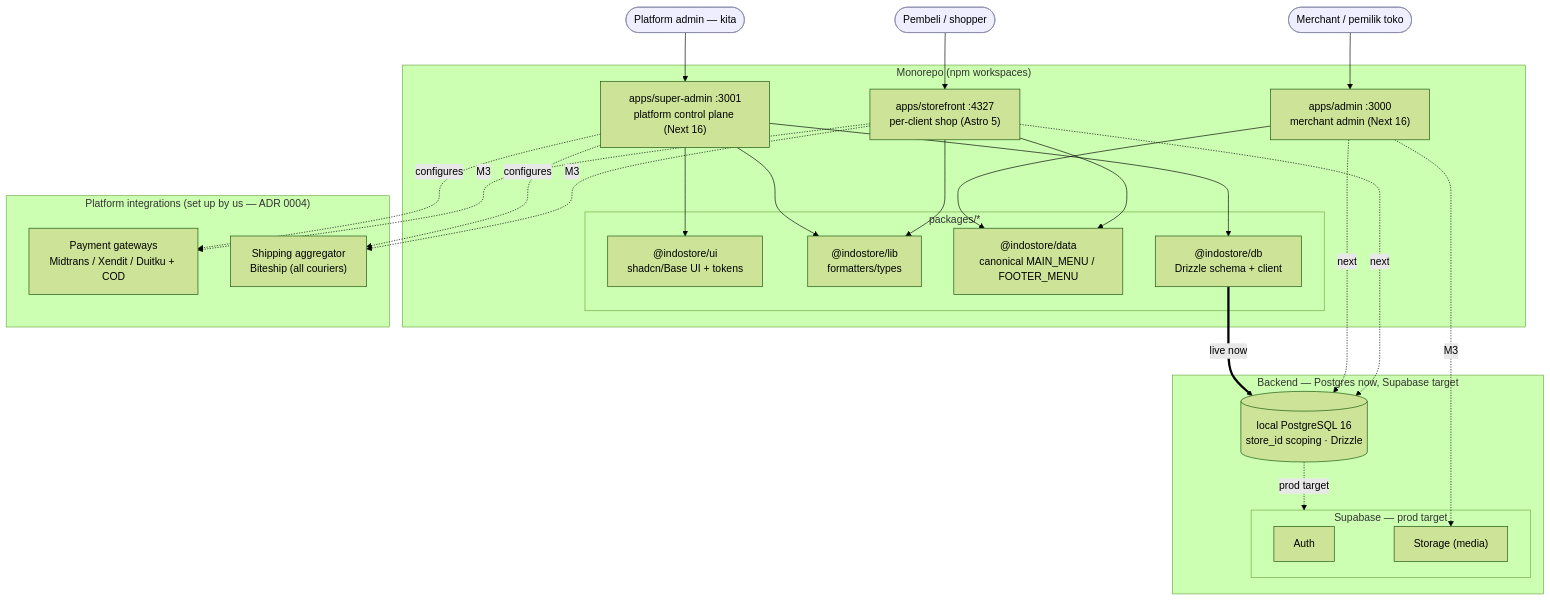
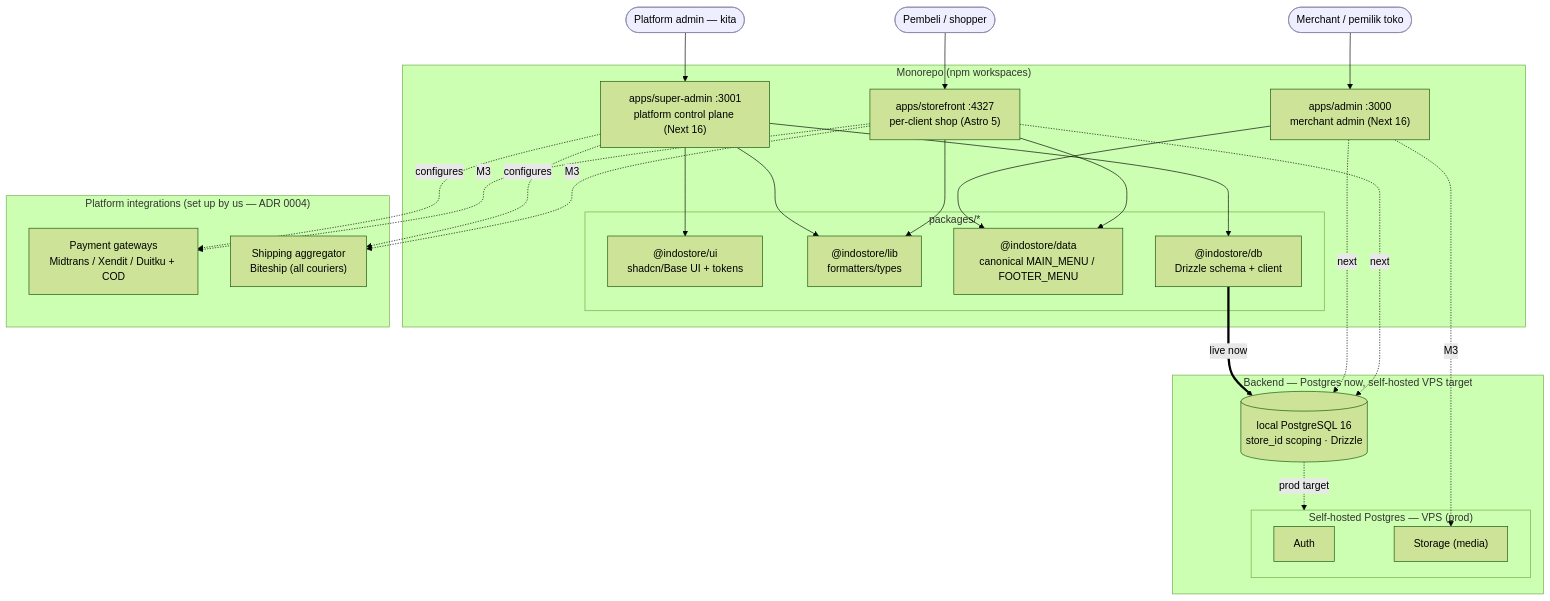
Before and after one commit to ongkipro/tokophi: the first of 11 diagrams in specs/docs/UML.md, drawn with Mermaid (forest theme). The commit also changed other lines of this file and 17 other files, not shown here.

First line of the commit message:
docs: prod backend = self-hosted Postgres + PostgREST on VPS (not Supabase)

````diff
--- a/specs/docs/UML.md
+++ b/specs/docs/UML.md
@@ -10,54 +10,54 @@
 ```mermaid
 graph TB
   Shopper([Pembeli / shopper]):::user
   Merchant([Merchant / pemilik toko]):::user
   PlatformAdmin([Platform admin — kita]):::user
 
   subgraph Monorepo["Monorepo (npm workspaces)"]
     Admin["apps/admin :3000<br/>merchant admin (Next 16)"]
     SuperAdmin["apps/super-admin :3001<br/>platform control plane (Next 16)"]
     Storefront["apps/storefront :4327<br/>per-client shop (Astro 5)"]
     subgraph Packages["packages/*"]
       UI["@indostore/ui<br/>shadcn/Base UI + tokens"]
       Lib["@indostore/lib<br/>formatters/types"]
       Data["@indostore/data<br/>canonical MAIN_MENU / FOOTER_MENU"]
       Db["@indostore/db<br/>Drizzle schema + client"]
     end
   end
 
-  subgraph Backend["Backend — Postgres now, Supabase target"]
+  subgraph Backend["Backend — Postgres now, self-hosted VPS target"]
     PGSQL[("local PostgreSQL 16<br/>store_id scoping · Drizzle")]
-    subgraph Sb["Supabase — prod target"]
+    subgraph Sb["Self-hosted Postgres — VPS (prod)"]
       Auth["Auth"]
       Storage["Storage (media)"]
     end
   end
 
   subgraph Integrations["Platform integrations (set up by us — ADR 0004)"]
     PG["Payment gateways<br/>Midtrans / Xendit / Duitku + COD"]
     AGG["Shipping aggregator<br/>Biteship (all couriers)"]
   end
 
   Shopper --> Storefront
   Merchant --> Admin
   PlatformAdmin --> SuperAdmin
 
   SuperAdmin --> UI
   SuperAdmin --> Lib
   Admin --> Data
   Storefront --> Lib
   Storefront --> Data
 
   SuperAdmin --> Db
   Db ==>|live now| PGSQL
   Admin -. next .-> PGSQL
   Storefront -. next .-> PGSQL
   PGSQL -. prod target .-> Sb
   Admin -. M3 .-> Storage
   SuperAdmin -. configures .-> PG
   SuperAdmin -. configures .-> AGG
   Storefront -. M3 .-> PG
   Storefront -. M3 .-> AGG
 
   classDef user fill:#eef,stroke:#88a;
 ```
````
